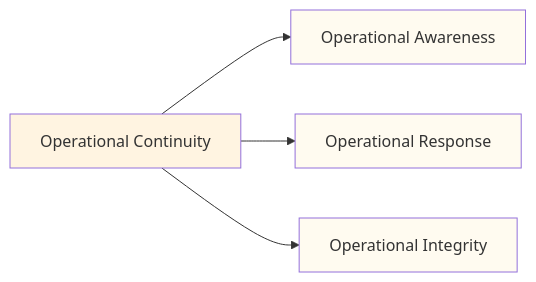
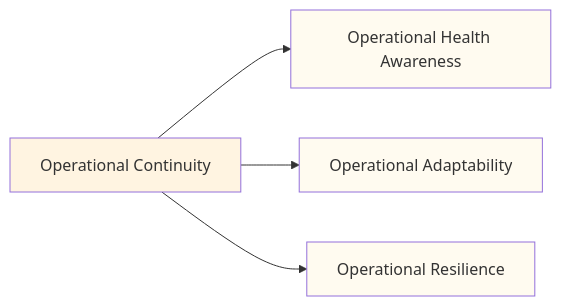
One commit to Evilazaro/Azure-LogicApps-Monitoring changed the sixth of 10 diagrams in docs/architecture/01-business-architecture.md. Above: the diagram before and after it, drawn with Mermaid. The commit also changed other lines of this file, not shown here.

Commit message:
Refactor Business Architecture document: update terminology and enhance clarity in commitment management and fulfillment sections

````diff
--- a/docs/architecture/01-business-architecture.md
+++ b/docs/architecture/01-business-architecture.md
@@ -207,11 +207,11 @@
 ```mermaid
 graph LR
-    OC[Operational Continuity] --> OA[Operational Awareness]
-    OC --> OR[Operational Response]
-    OC --> OI[Operational Integrity]
+    OC[Operational Continuity] --> OA[Operational Health Awareness]
+    OC --> OR[Operational Adaptability]
+    OC --> OI[Operational Resilience]
 
     style OC fill:#fff4e1
     style OA fill:#fffbf0
     style OR fill:#fffbf0
     style OI fill:#fffbf0
 ```
````
